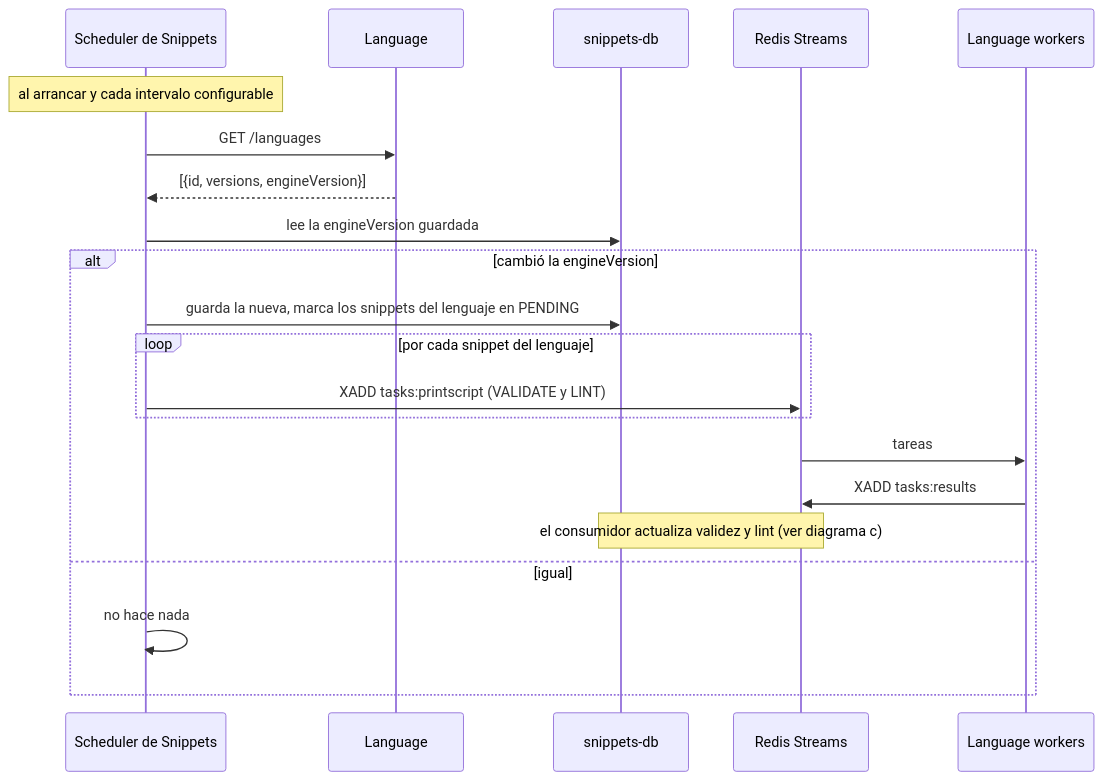
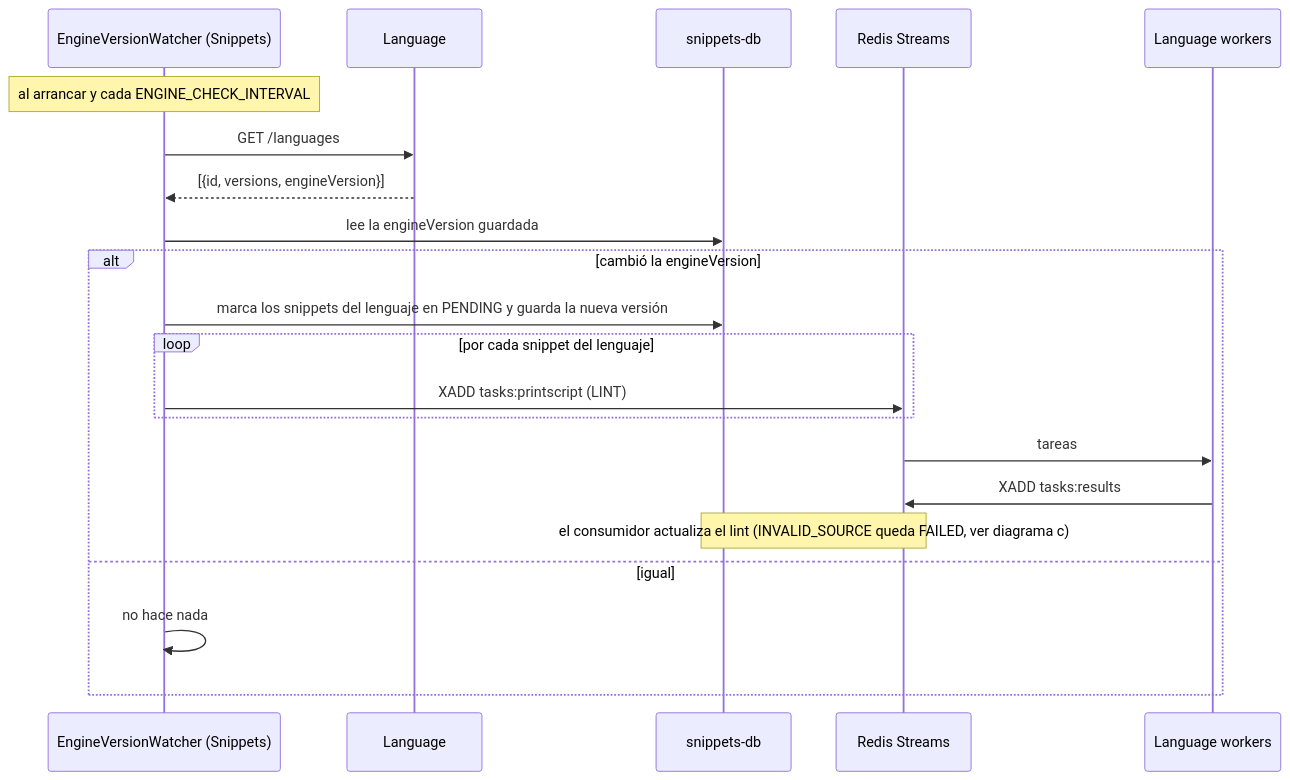
The sixth of 6 diagrams in docs/secuencias.md (TP1-2-INGSIS/snippet-searcher-infra), drawn with Mermaid before and after one commit. The commit also changed other lines of this file and 3 other files, not shown here.

Commit message:
docs: estado final (Assets, revalidación por engineVersion)

````diff
--- a/docs/secuencias.md
+++ b/docs/secuencias.md
@@ -225,24 +228,24 @@
 ```mermaid
 sequenceDiagram
-    participant J as Scheduler de Snippets
+    participant J as EngineVersionWatcher (Snippets)
     participant L as Language
     participant DB as snippets-db
     participant R as Redis Streams
     participant W as Language workers
 
-    Note over J: al arrancar y cada intervalo configurable
+    Note over J: al arrancar y cada ENGINE_CHECK_INTERVAL
     J->>L: GET /languages
     L-->>J: [{id, versions, engineVersion}]
     J->>DB: lee la engineVersion guardada
     alt cambió la engineVersion
-        J->>DB: guarda la nueva, marca los snippets del lenguaje en PENDING
+        J->>DB: marca los snippets del lenguaje en PENDING y guarda la nueva versión
         loop por cada snippet del lenguaje
-            J->>R: XADD tasks:printscript (VALIDATE y LINT)
+            J->>R: XADD tasks:printscript (LINT)
         end
         R->>W: tareas
         W->>R: XADD tasks:results
-        Note over R,DB: el consumidor actualiza validez y lint (ver diagrama c)
+        Note over R,DB: el consumidor actualiza el lint (INVALID_SOURCE queda FAILED, ver diagrama c)
     else igual
         J->>J: no hace nada
     end
 ```
````
